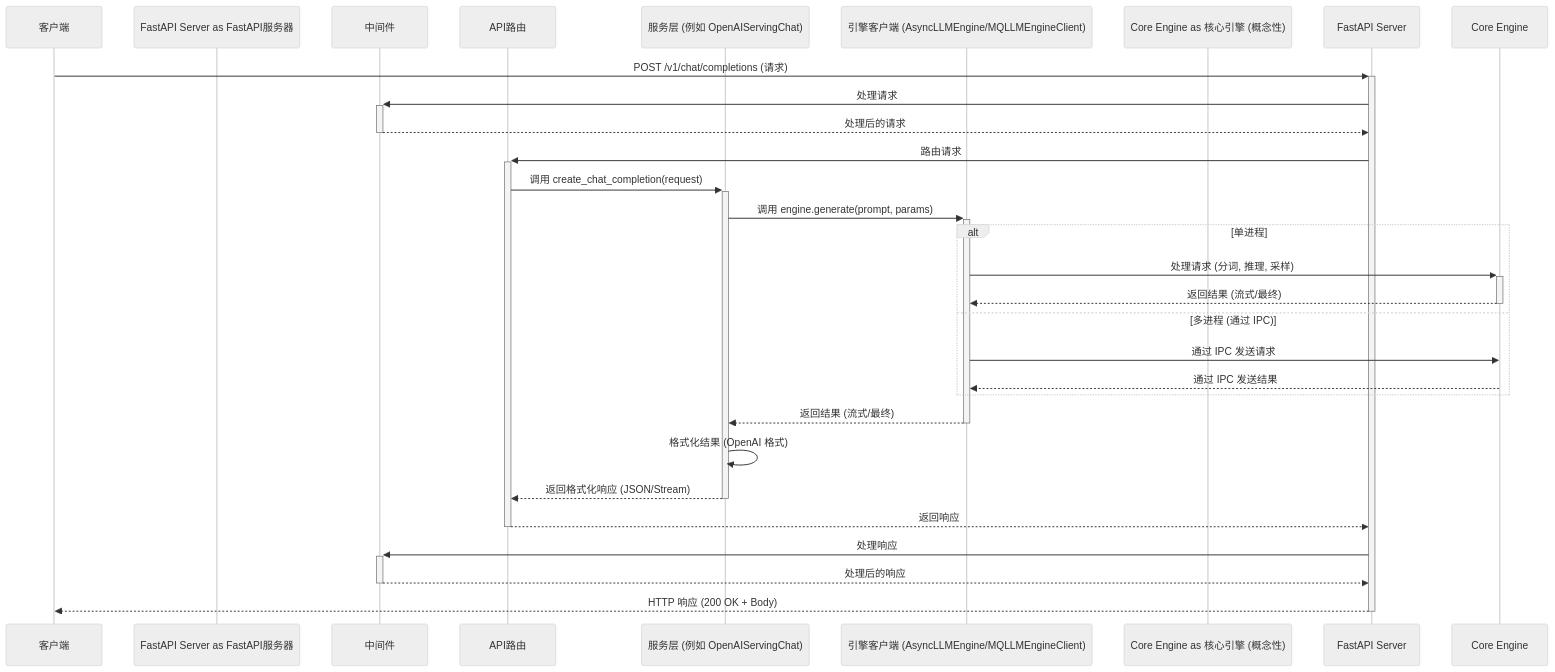
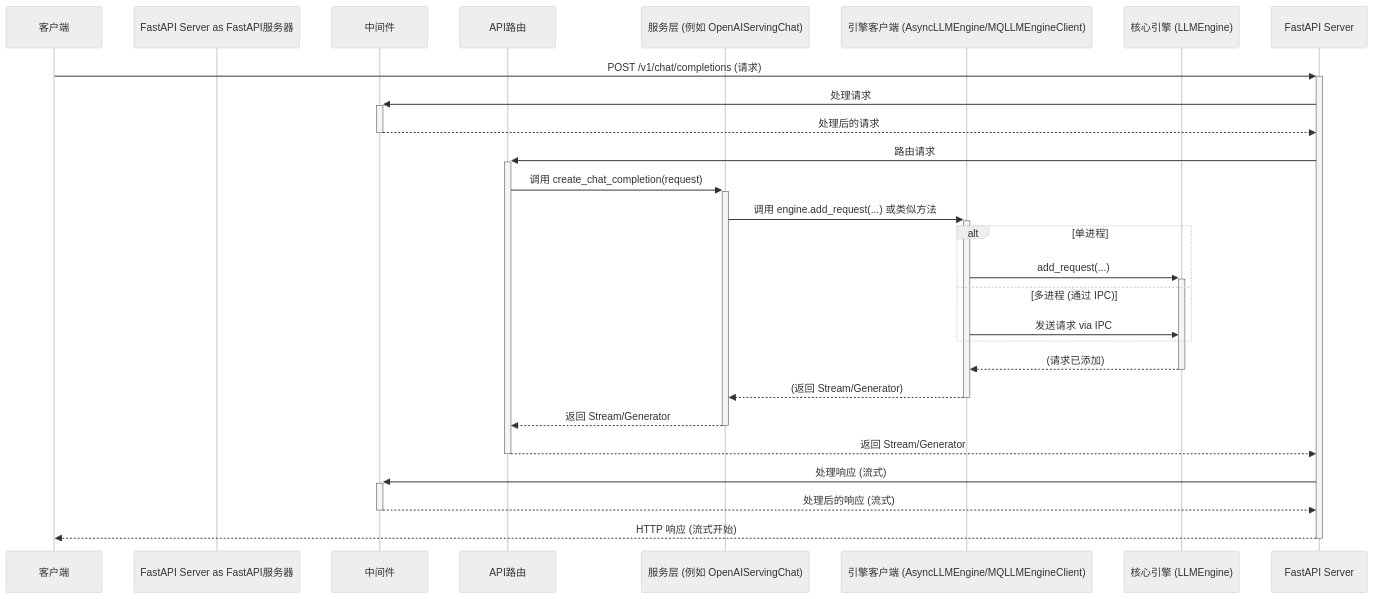
Before and after one commit to wangzheng422/vllm: the first of 2 diagrams in wzh.doc/2025.04.16.01.vllm_api_flow_analysis_zh.md, drawn with Mermaid (neutral theme). The commit also changed other lines of this file and 1 other file, not shown here.

````diff
--- a/wzh.doc/2025.04.16.01.vllm_api_flow_analysis_zh.md
+++ b/wzh.doc/2025.04.16.01.vllm_api_flow_analysis_zh.md
@@ -108,32 +27,30 @@
 ```mermaid
 sequenceDiagram
     participant Client as 客户端
     participant FastAPI Server as FastAPI服务器
     participant Middleware as 中间件
     participant APIRouter as API路由
     participant ServingLayer as 服务层 (例如 OpenAIServingChat)
     participant EngineClient as 引擎客户端 (AsyncLLMEngine/MQLLMEngineClient)
-    participant Core Engine as 核心引擎 (概念性)
+    participant CoreEngine as 核心引擎 (LLMEngine)
 
     Client->>+FastAPI Server: POST /v1/chat/completions (请求)
     FastAPI Server->>+Middleware: 处理请求
     Middleware-->>-FastAPI Server: 处理后的请求
     FastAPI Server->>+APIRouter: 路由请求
     APIRouter->>+ServingLayer: 调用 create_chat_completion(request)
-    ServingLayer->>+EngineClient: 调用 engine.generate(prompt, params)
+    ServingLayer->>+EngineClient: 调用 engine.add_request(...) 或类似方法
     alt 单进程
-        EngineClient->>+Core Engine: 处理请求 (分词, 推理, 采样)
-        Core Engine-->>-EngineClient: 返回结果 (流式/最终)
+        EngineClient->>+CoreEngine: add_request(...)
     else 多进程 (通过 IPC)
-        EngineClient->>Core Engine: 通过 IPC 发送请求
-        Core Engine-->>EngineClient: 通过 IPC 发送结果
+        EngineClient->>CoreEngine: 发送请求 via IPC
     end
-    EngineClient-->>-ServingLayer: 返回结果 (流式/最终)
-    ServingLayer->>ServingLayer: 格式化结果 (OpenAI 格式)
-    ServingLayer-->>-APIRouter: 返回格式化响应 (JSON/Stream)
-    APIRouter-->>-FastAPI Server: 返回响应
-    FastAPI Server->>+Middleware: 处理响应
-    Middleware-->>-FastAPI Server: 处理后的响应
-    FastAPI Server-->>-Client: HTTP 响应 (200 OK + Body)
+    CoreEngine-->>-EngineClient: (请求已添加)
+    EngineClient-->>-ServingLayer: (返回 Stream/Generator)
+    ServingLayer-->>-APIRouter: 返回 Stream/Generator
+    APIRouter-->>-FastAPI Server: 返回 Stream/Generator
+    FastAPI Server->>+Middleware: 处理响应 (流式)
+    Middleware-->>-FastAPI Server: 处理后的响应 (流式)
+    FastAPI Server-->>-Client: HTTP 响应 (流式开始)
 
 ```
````
